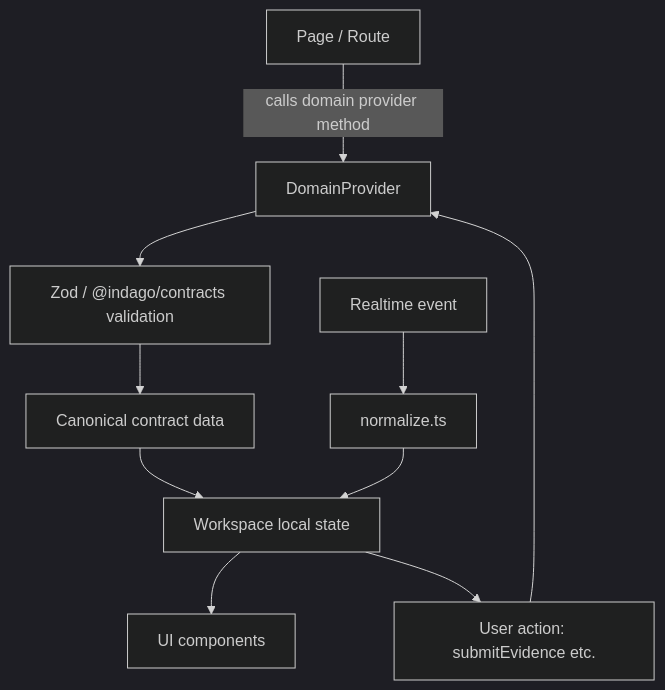
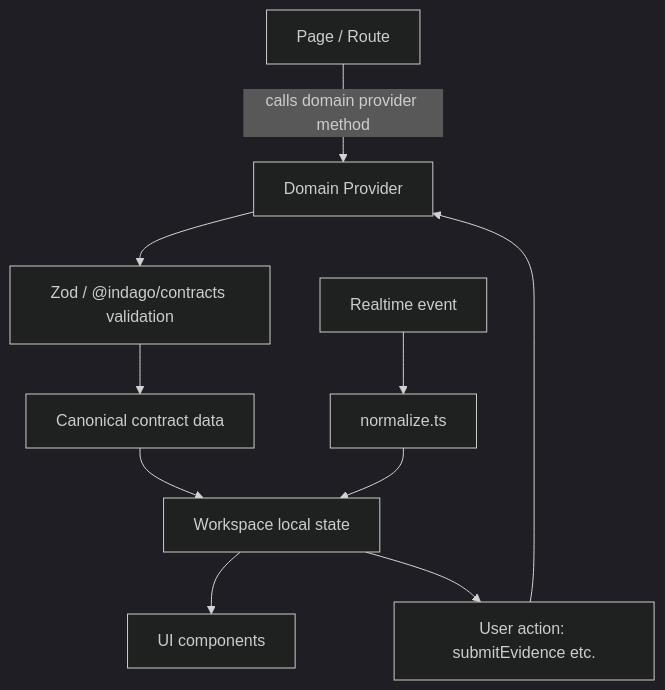
The third of 16 diagrams in docs/frontend-development-plan.md (NERIS-v/INDAGO), drawn with Mermaid (dark theme) before and after one commit. The commit also changed other lines of this file and 1 other file, not shown here.

````diff
--- a/docs/frontend-development-plan.md
+++ b/docs/frontend-development-plan.md
@@ -226,12 +301,12 @@
 ```mermaid
 flowchart TD
-  PAGE[Page / Route] -->|calls domain provider method| DOM[DomainProvider]
-  DOM --> VAL[Zod / @indago/contracts validation]
-  VAL --> DATA[Canonical contract data]
-  DATA --> STATE[Workspace local state]
-  STATE --> UI[UI components]
-  EV[Realtime event] --> NORM[normalize.ts]
+  PAGE["Page / Route"] -->|"calls domain provider method"| DOM["Domain Provider"]
+  DOM --> VAL["Zod / @indago/contracts validation"]
+  VAL --> DATA["Canonical contract data"]
+  DATA --> STATE["Workspace local state"]
+  STATE --> UI["UI components"]
+  EV["Realtime event"] --> NORM["normalize.ts"]
   NORM --> STATE
-  STATE --> ACT[User action: submitEvidence etc.]
+  STATE --> ACT["User action: submitEvidence etc."]
   ACT --> DOM
 ```
````
